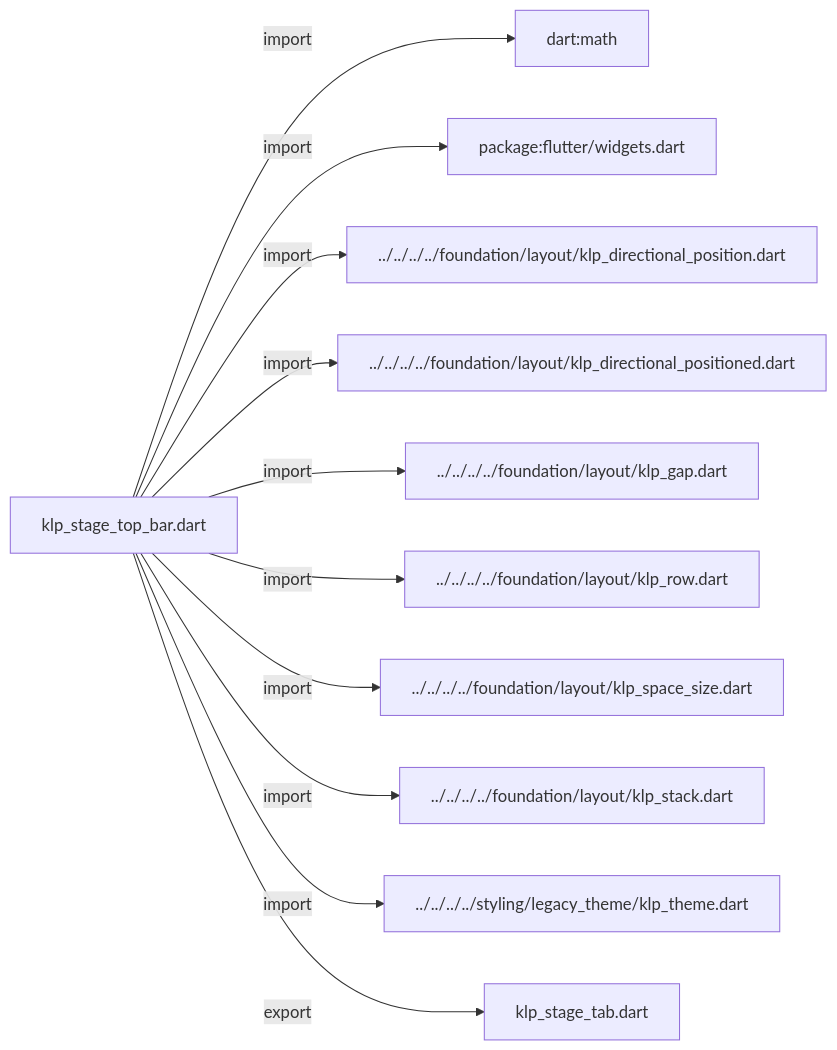
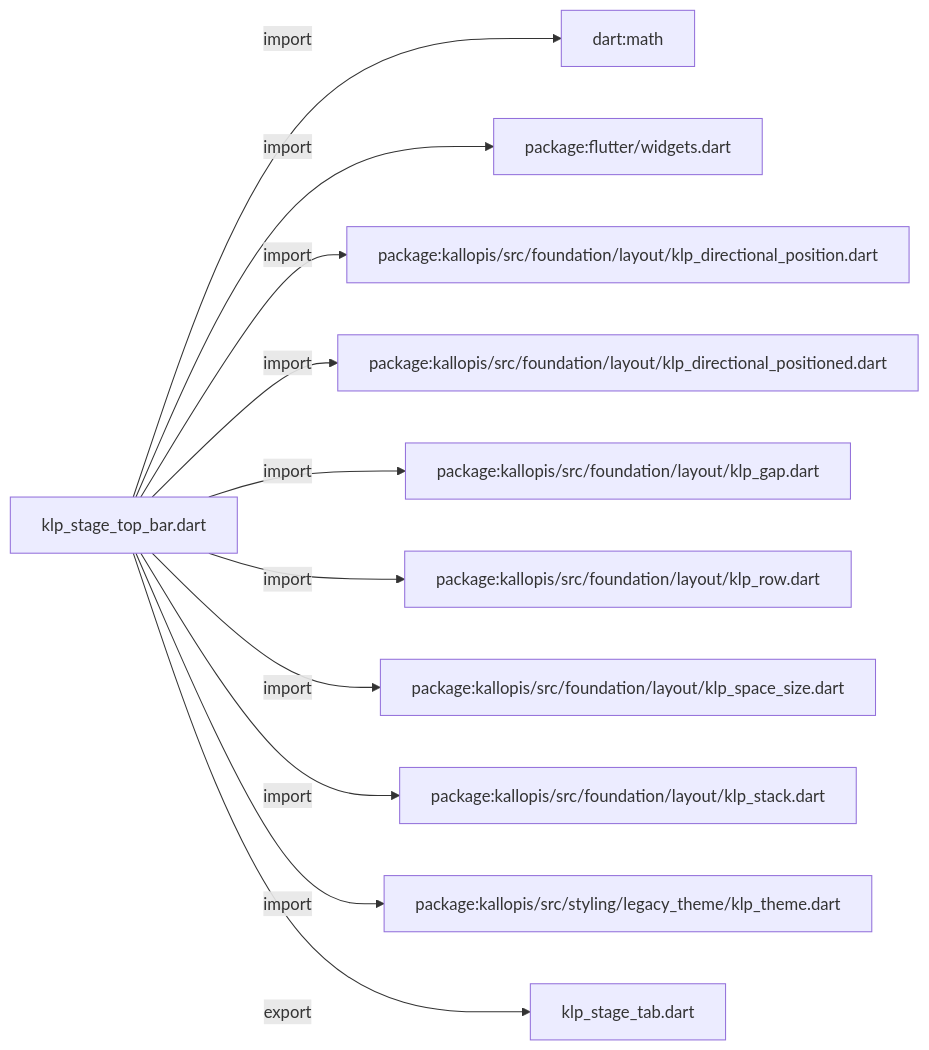
One commit to MiuDog/Kallopis changed the first of 3 diagrams in docs/architecture/src/features/workspace/shell/stage/klp_stage_top_bar.md. Above: the diagram before and after it, drawn with Mermaid. The commit also changed other lines of this file and 9688 other files, not shown here.

Commit message:
Prepare isolated Flow F2 peer baseline

````diff
--- a/docs/architecture/src/features/workspace/shell/stage/klp_stage_top_bar.md
+++ b/docs/architecture/src/features/workspace/shell/stage/klp_stage_top_bar.md
@@ -11,24 +11,24 @@
 ```mermaid
 flowchart LR
 	n0["klp_stage_top_bar.dart"]
 	n1["dart:math"]
 	n2["package:flutter/widgets.dart"]
-	n3["../../../../foundation/layout/klp_directional_position.dart"]
-	n4["../../../../foundation/layout/klp_directional_positioned.dart"]
-	n5["../../../../foundation/layout/klp_gap.dart"]
-	n6["../../../../foundation/layout/klp_row.dart"]
-	n7["../../../../foundation/layout/klp_space_size.dart"]
-	n8["../../../../foundation/layout/klp_stack.dart"]
-	n9["../../../../styling/legacy_theme/klp_theme.dart"]
+	n3["package:kallopis/src/foundation/layout/klp_directional_position.dart"]
+	n4["package:kallopis/src/foundation/layout/klp_directional_positioned.dart"]
+	n5["package:kallopis/src/foundation/layout/klp_gap.dart"]
+	n6["package:kallopis/src/foundation/layout/klp_row.dart"]
+	n7["package:kallopis/src/foundation/layout/klp_space_size.dart"]
+	n8["package:kallopis/src/foundation/layout/klp_stack.dart"]
+	n9["package:kallopis/src/styling/legacy_theme/klp_theme.dart"]
 	n10["klp_stage_tab.dart"]
 	n0 -->|"import"| n1
 	n0 -->|"import"| n2
 	n0 -->|"import"| n3
 	n0 -->|"import"| n4
 	n0 -->|"import"| n5
 	n0 -->|"import"| n6
 	n0 -->|"import"| n7
 	n0 -->|"import"| n8
 	n0 -->|"import"| n9
 	n0 -->|"export"| n10
 ```
````
